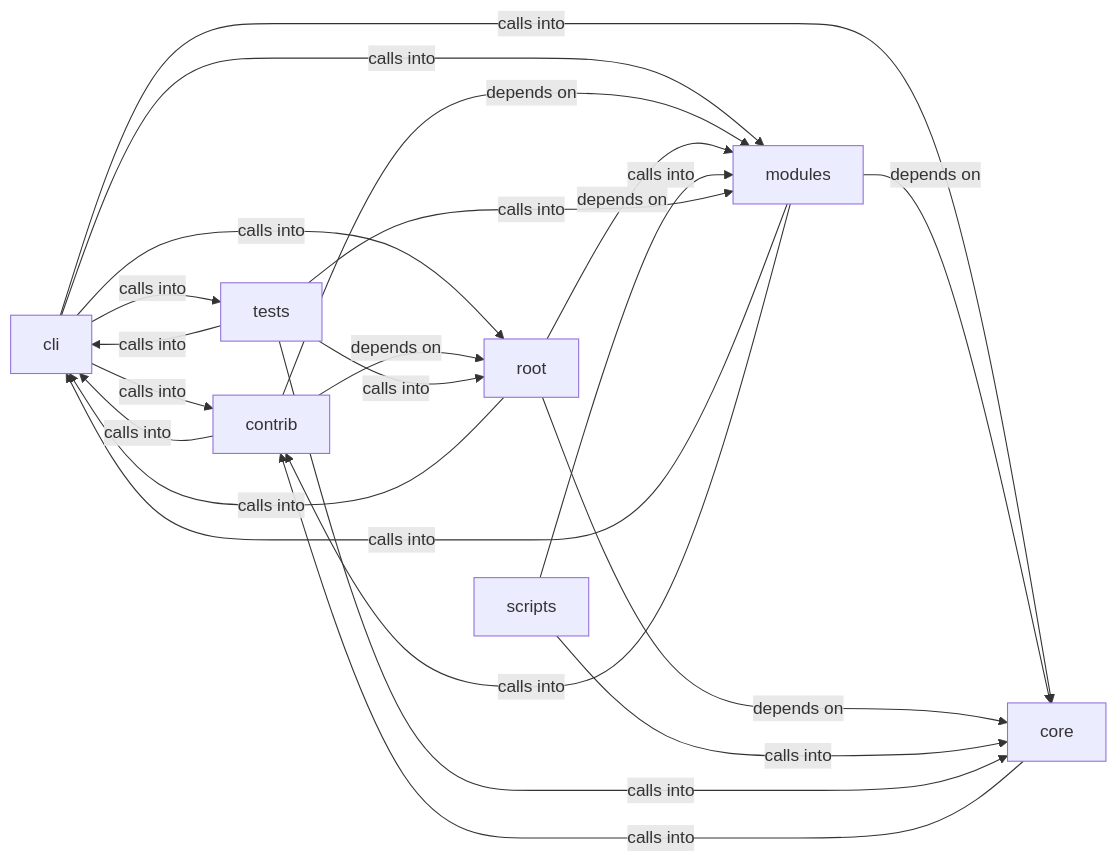
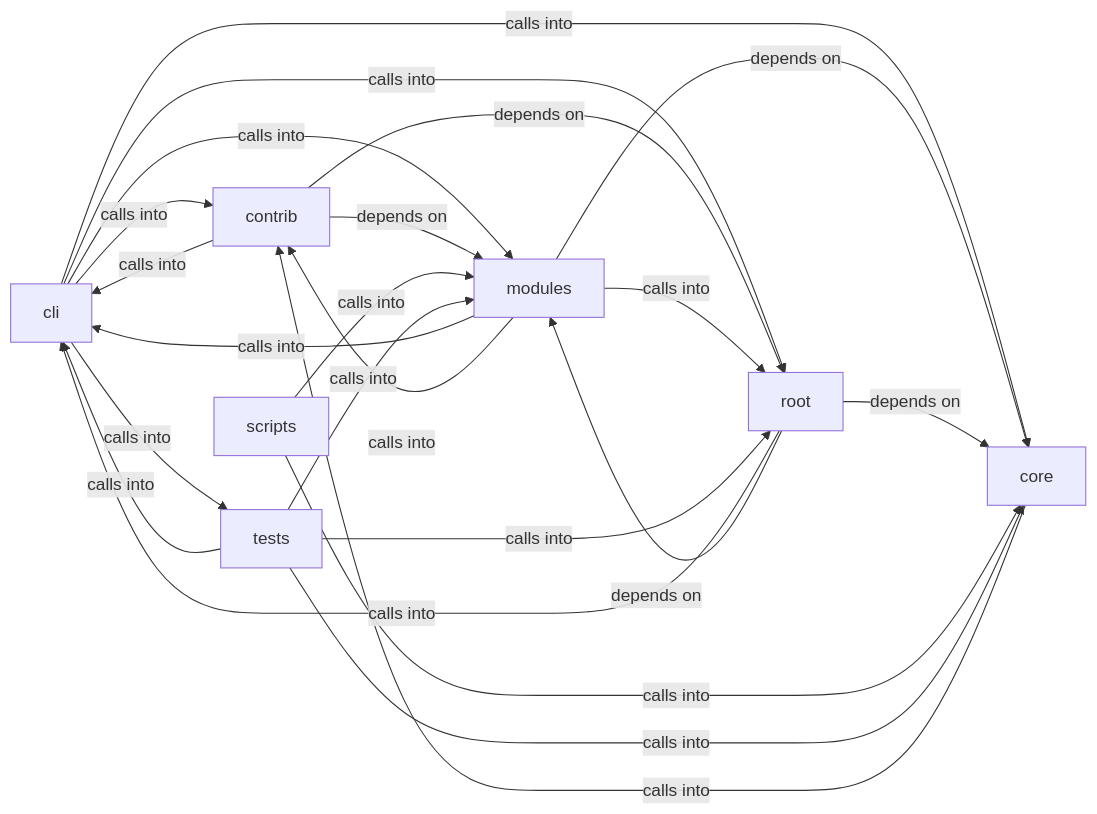
Before and after one commit to grisuno/LazyOwn: the diagram in readmenator-diagrams/cli_commands.md, drawn with Mermaid. The commit also changed other lines of this file and 264 other files, not shown here.

````diff
--- a/readmenator-diagrams/cli_commands.md
+++ b/readmenator-diagrams/cli_commands.md
@@ -5,31 +5,32 @@
 ```mermaid
 graph LR
     cli["cli"]
     contrib["contrib"]
     core["core"]
     modules["modules"]
     root["root"]
     scripts["scripts"]
     tests["tests"]
     cli -- "calls into" --> contrib
     cli -- "calls into" --> core
     cli -- "calls into" --> modules
     cli -- "calls into" --> root
     cli -- "calls into" --> tests
     contrib -- "calls into" --> cli
     contrib -- "depends on" --> modules
     contrib -- "depends on" --> root
     core -- "calls into" --> contrib
     modules -- "calls into" --> cli
     modules -- "calls into" --> contrib
     modules -- "depends on" --> core
+    modules -- "calls into" --> root
     root -- "calls into" --> cli
     root -- "depends on" --> core
     root -- "depends on" --> modules
     scripts -- "calls into" --> core
     scripts -- "calls into" --> modules
     tests -- "calls into" --> cli
     tests -- "calls into" --> core
     tests -- "calls into" --> modules
     tests -- "calls into" --> root
 ```
````
